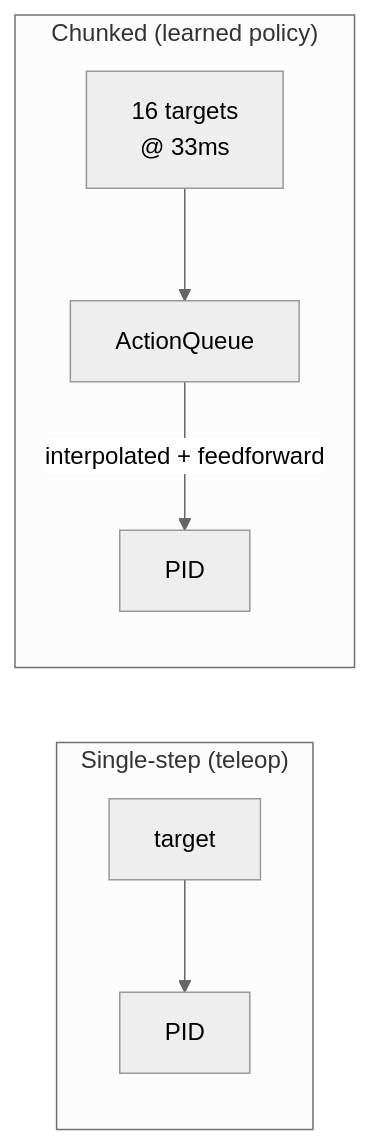
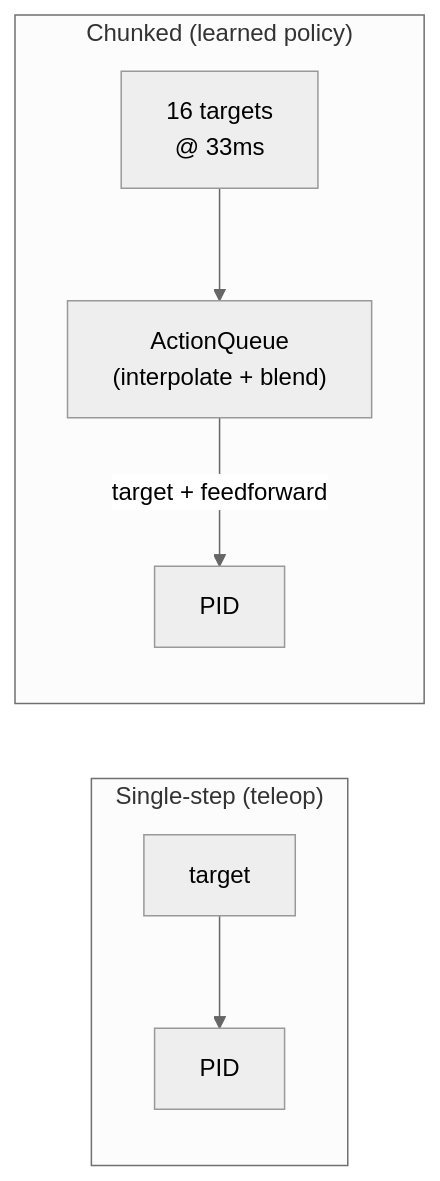
The second of 2 diagrams in policy/JOGGING.md (wandelbotsgmbh/wandelbots-nova), drawn with Mermaid (neutral theme) before and after one commit. The commit also changed other lines of this file and 9 other files, not shown here.

````diff
--- a/policy/JOGGING.md
+++ b/policy/JOGGING.md
@@ -166,11 +129,11 @@
 ```mermaid
 flowchart LR
     subgraph Single["Single-step (teleop)"]
         P1["target"] --> PID1["PID"]
     end
 
     subgraph Chunked["Chunked (learned policy)"]
-        P2["16 targets\n@ 33ms"] --> AQ["ActionQueue"]
-        AQ -->|"interpolated + feedforward"| PID2["PID"]
+        P2["16 targets\n@ 33ms"] --> AQ["ActionQueue\n(interpolate + blend)"]
+        AQ -->|"target + feedforward"| PID2["PID"]
     end
 ```
````
